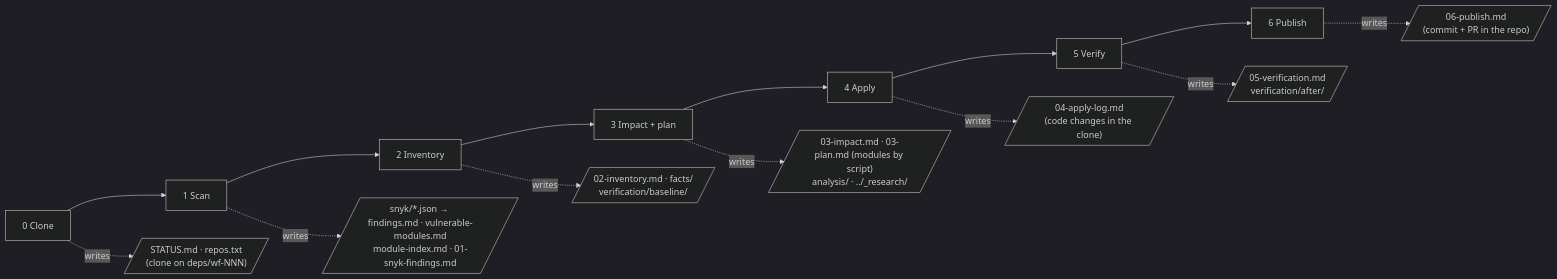
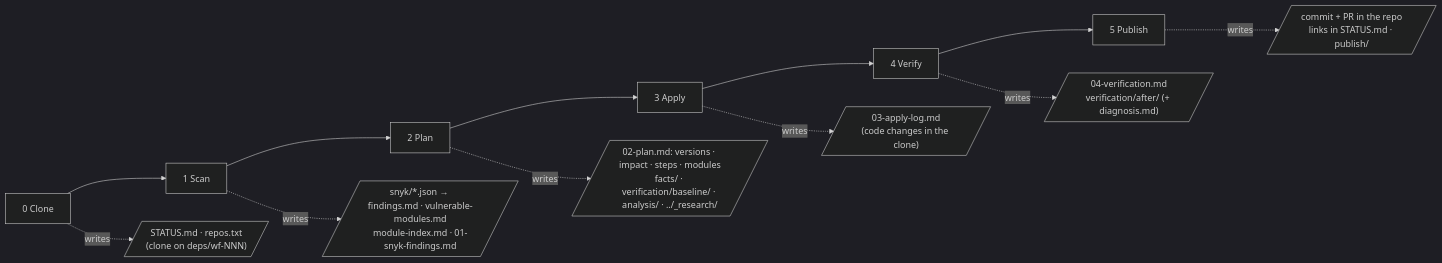
One commit to elinasarvari/snyk-update-package changed the fifth of 7 diagrams in docs/ARCHITECTURE.md. Above: the diagram before and after it, drawn with Mermaid (dark theme). The commit also changed other lines of this file and 74 other files, not shown here.

````diff
--- a/docs/ARCHITECTURE.md
+++ b/docs/ARCHITECTURE.md
@@ -217,12 +217,11 @@
 ```mermaid
 flowchart LR
-    s0["0 Clone"] --> s1["1 Scan"] --> s2["2 Inventory"] --> s3["3 Impact + plan"] --> s4["4 Apply"] --> s5["5 Verify"] --> s6["6 Publish"]
+    s0["0 Clone"] --> s1["1 Scan"] --> s2["2 Plan"] --> s3["3 Apply"] --> s4["4 Verify"] --> s5["5 Publish"]
 
     s0 -. writes .-> f0[/"STATUS.md · repos.txt<br/>(clone on deps/wf-NNN)"/]
     s1 -. writes .-> f1[/"snyk/*.json → findings.md · vulnerable-modules.md<br/>module-index.md · 01-snyk-findings.md"/]
-    s2 -. writes .-> f2[/"02-inventory.md · facts/<br/>verification/baseline/"/]
-    s3 -. writes .-> f3[/"03-impact.md · 03-plan.md (modules by script)<br/>analysis/ · ../_research/"/]
-    s4 -. writes .-> f4[/"04-apply-log.md<br/>(code changes in the clone)"/]
-    s5 -. writes .-> f5[/"05-verification.md<br/>verification/after/"/]
-    s6 -. writes .-> f6[/"06-publish.md<br/>(commit + PR in the repo)"/]
+    s2 -. writes .-> f2[/"02-plan.md: versions · impact · steps · modules<br/>facts/ · verification/baseline/ · analysis/ · ../_research/"/]
+    s3 -. writes .-> f3[/"03-apply-log.md<br/>(code changes in the clone)"/]
+    s4 -. writes .-> f4[/"04-verification.md<br/>verification/after/ (+ diagnosis.md)"/]
+    s5 -. writes .-> f5[/"commit + PR in the repo<br/>links in STATUS.md · publish/"/]
 ```
````
